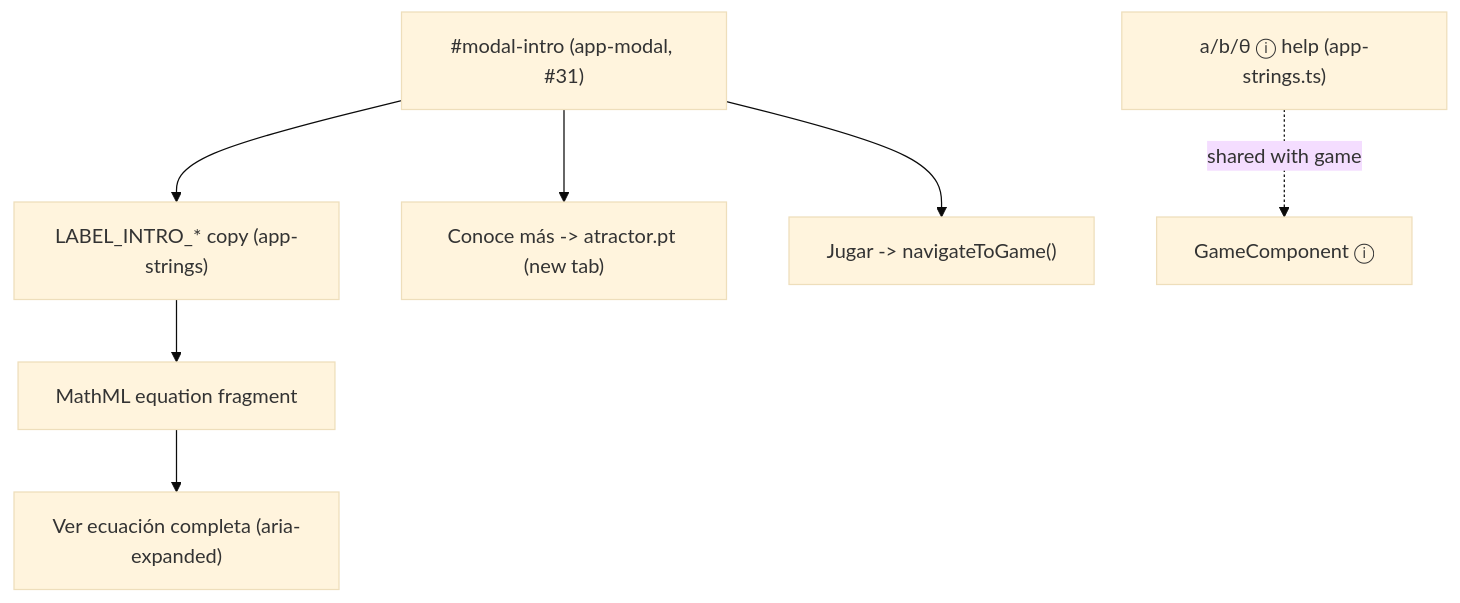
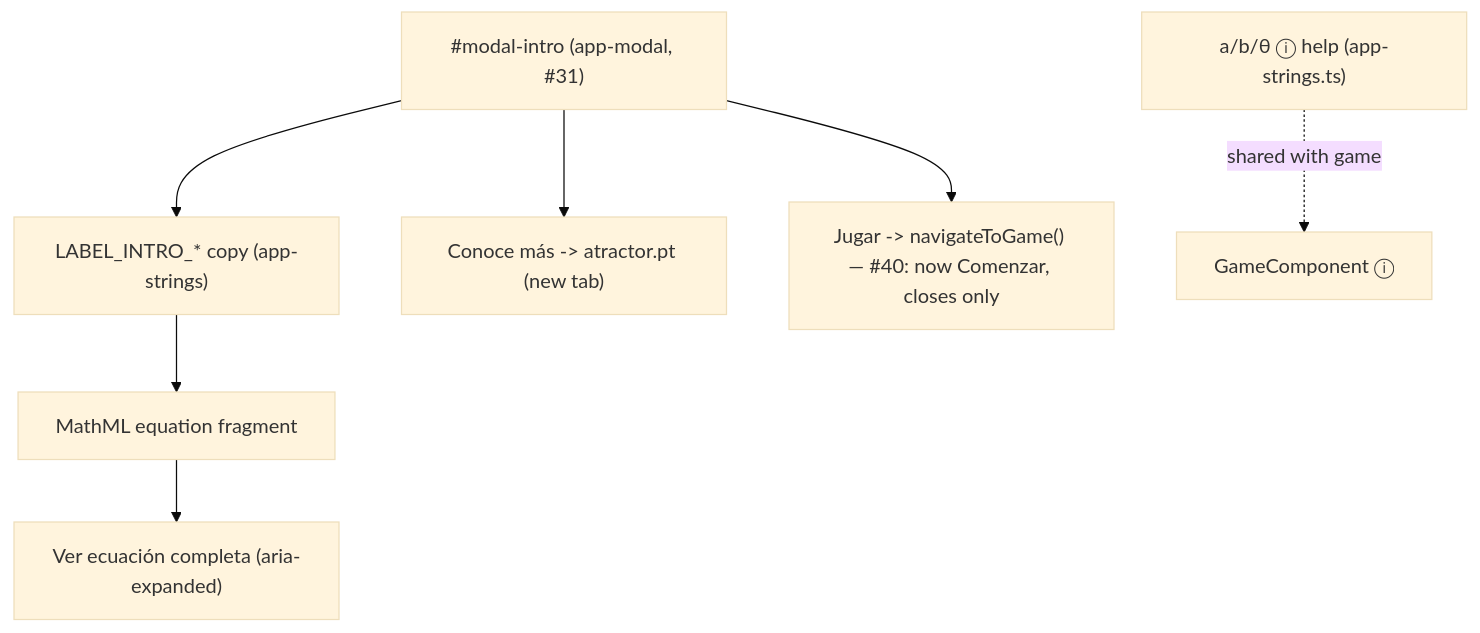
One commit to C3Idea/shell-generator changed the diagram in specs/003-to_infinity_and_the_equation/spec.md. Above: the diagram before and after it, drawn with Mermaid (base theme). The commit also changed other lines of this file and 1 other file, not shown here.

First line of the commit message:
docs(#40): resolve D1, D2 -- inline markers on every #3 "Jugar" line

````diff
--- a/specs/003-to_infinity_and_the_equation/spec.md
+++ b/specs/003-to_infinity_and_the_equation/spec.md
@@ -164,14 +164,14 @@
 ```mermaid
 flowchart TD
   intro["#modal-intro (app-modal, #31)"]
   copy["LABEL_INTRO_* copy (app-strings)"]
   eq["MathML equation fragment"]
   exp["Ver ecuación completa (aria-expanded)"]
   link["Conoce más -> atractor.pt (new tab)"]
-  jugar["Jugar -> navigateToGame()"]
+  jugar["Jugar -> navigateToGame() — #40: now Comenzar, closes only"]
   help["a/b/θ ⓘ help (app-strings.ts)"]
   intro --> copy --> eq --> exp
   intro --> link
   intro --> jugar
   help -. shared with game .-> game["GameComponent ⓘ"]
 ```
````
